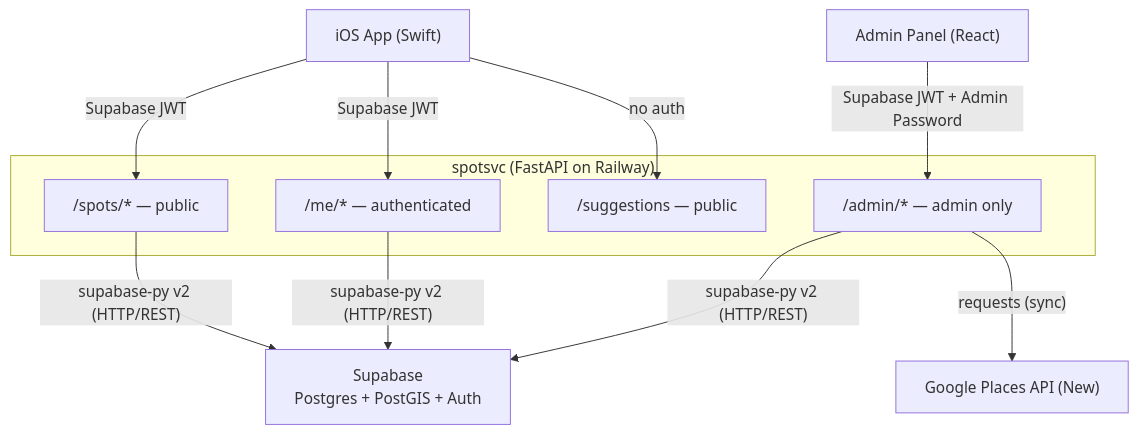
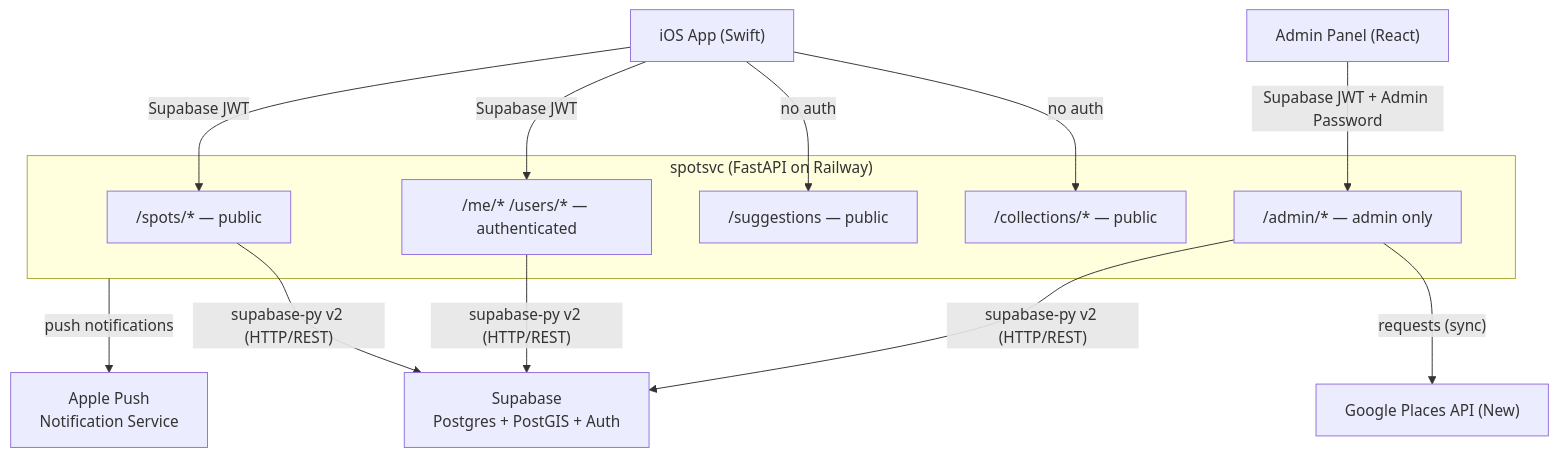
Before and after one commit to shreyassaxena99/spotsvc: the first of 2 diagrams in README.md, drawn with Mermaid. The commit also changed other lines of this file, not shown here.

First line of the commit message:
Update README with current API surface and architecture diagram

````diff
--- a/README.md
+++ b/README.md
@@ -11,25 +11,29 @@
 ```mermaid
 flowchart TD
     iOS["iOS App (Swift)"]
     Admin["Admin Panel (React)"]
 
     subgraph spotsvc["spotsvc (FastAPI on Railway)"]
         spots["/spots/* — public"]
-        me["/me/* — authenticated"]
+        me["/me/* /users/* — authenticated"]
         suggestions["/suggestions — public"]
+        collections["/collections/* — public"]
         admin["/admin/* — admin only"]
     end
 
     Supabase["Supabase\nPostgres + PostGIS + Auth"]
     Google["Google Places API (New)"]
+    APNS["Apple Push\nNotification Service"]
 
     iOS -->|"Supabase JWT"| spots
     iOS -->|"Supabase JWT"| me
     iOS -->|"no auth"| suggestions
+    iOS -->|"no auth"| collections
     Admin -->|"Supabase JWT + Admin Password"| admin
 
     spots -->|"supabase-py v2 (HTTP/REST)"| Supabase
     me -->|"supabase-py v2 (HTTP/REST)"| Supabase
     admin -->|"supabase-py v2 (HTTP/REST)"| Supabase
     admin -->|"requests (sync)"| Google
+    spotsvc -->|"push notifications"| APNS
 ```
````
